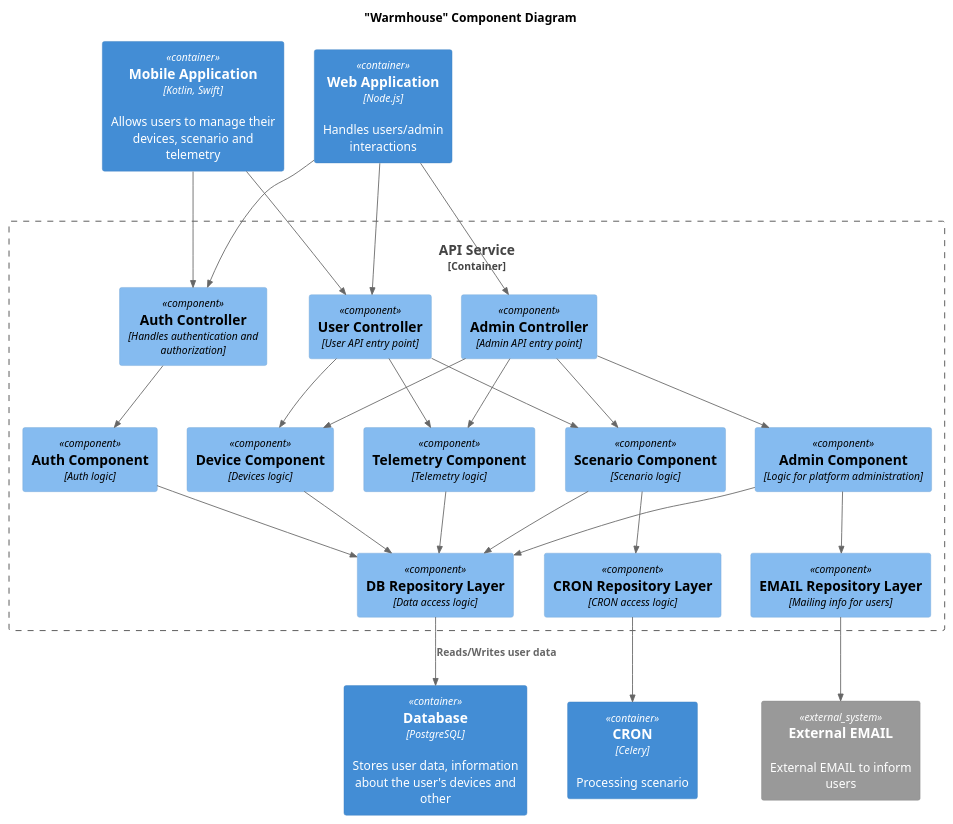
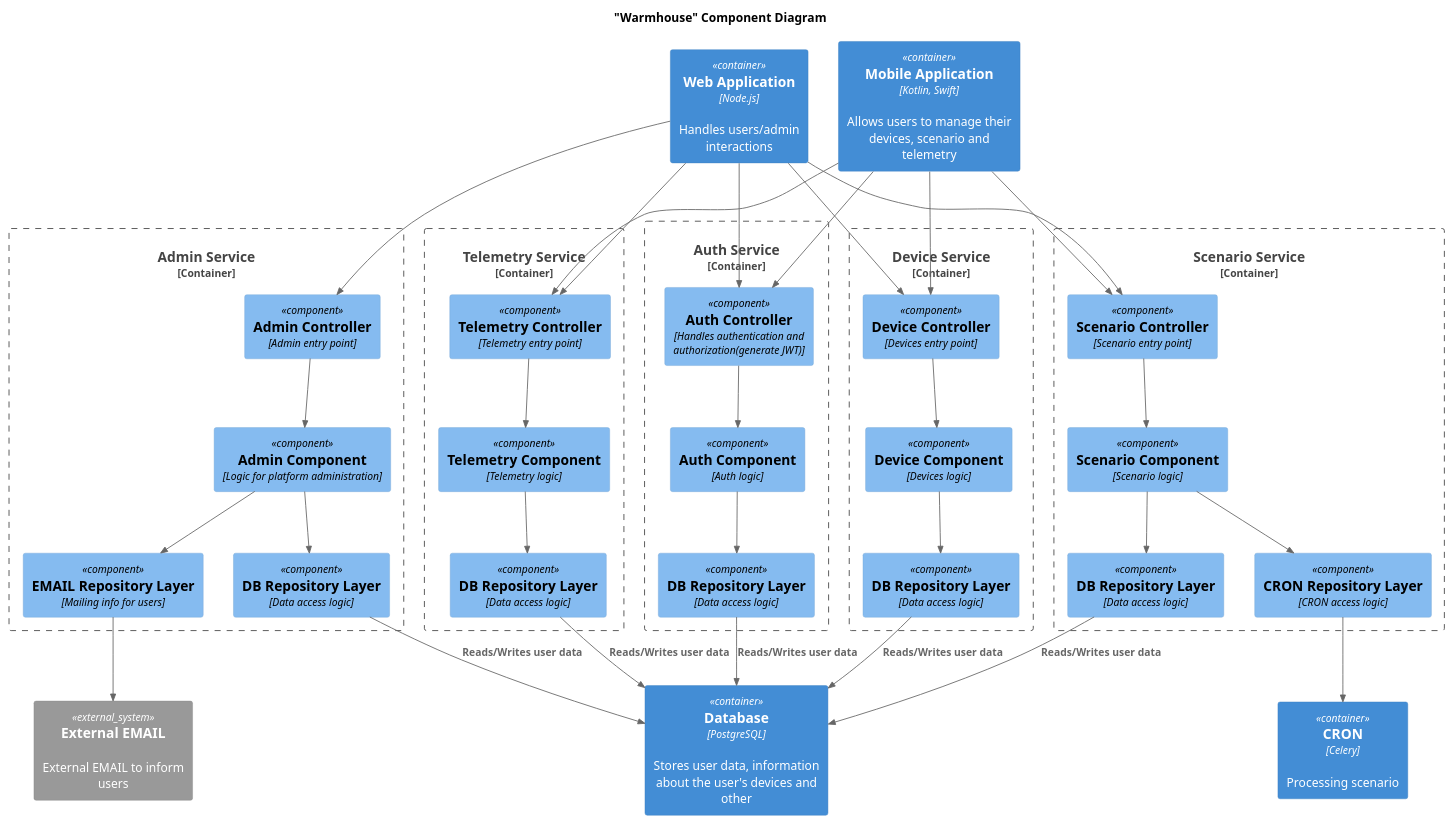
The diagram in Component.puml (mEssiaHofDarK/practicum_arch_sprint_1), drawn with PlantUML before and after one commit. The commit also changed 1 other file, not shown here.

Commit message:
fix diagrams

```diff
--- a/Component.puml
+++ b/Component.puml
@@ -1,68 +1,91 @@
 @startuml
 title "Warmhouse" Component Diagram
 top to bottom direction
 !include <C4/C4_Component>
 
 Container(WebApp, "Web Application", "Node.js", "Handles users/admin interactions")
 Container(MobileApp, "Mobile Application", "Kotlin, Swift", "Allows users to manage their devices, scenario and telemetry")
 Container(Database, "Database", "PostgreSQL", "Stores user data, information about the user's devices and other")
 Container(CRON, "CRON", "Celery", "Processing scenario")
 
 System_Ext(external_email, "External EMAIL", "External EMAIL to inform users")
 
-Container_Boundary(API_App, "API Service", "") {
-  Component(AuthController, "Auth Controller", "Handles authentication and authorization")
-  Component(UserController, "User Controller", "User API entry point")
-  Component(AdminController, "Admin Controller", "Admin API entry point")
+Container_Boundary(Device_App, "Device Service", "") {
+  Component(DeviceController, "Device Controller", "Devices entry point")
+  Component(DeviceComponent, "Device Component", "Devices logic")
+  Component(DeviceDBRepositoryLayer, "DB Repository Layer", "Data access logic")
+}
 
+Container_Boundary(Telemetry_App, "Telemetry Service", ""){
+  Component(TelemetryController, "Telemetry Controller", "Telemetry entry point")
+  Component(TelemetryComponent, "Telemetry Component", "Telemetry logic")
+  Component(TelemetryDBRepositoryLayer, "DB Repository Layer", "Data access logic")
+}
+
+Container_Boundary(auth_app, "Auth Service", ""){
+  Component(AuthController, "Auth Controller", "Handles authentication and authorization(generate JWT)")
   Component(AuthComponent, "Auth Component", "Auth logic")
+  Component(AuthDBRepositoryLayer, "DB Repository Layer", "Data access logic")
+}
+
+Container_Boundary(scenario_app, "Scenario Service", ""){
+  Component(ScenarioController, "Scenario Controller", "Scenario entry point")
   Component(ScenarioComponent, "Scenario Component", "Scenario logic")
-  Component(DeviceComponent, "Device Component", "Devices logic")
-  Component(AdminComponent, "Admin Component", "Logic for platform administration")
-  Component(TelemetryComponent, "Telemetry Component", "Telemetry logic")
-
-  Component(DBRepositoryLayer, "DB Repository Layer", "Data access logic")
-  Component(EMAILRepositoryLayer, "EMAIL Repository Layer", "Mailing info for users")
+  Component(ScenarioDBRepositoryLayer, "DB Repository Layer", "Data access logic")
   Component(CRONRepositoryLayer, CRON Repository Layer, "CRON access logic")
 }
 
+Container_Boundary(admin_app, "Admin Service", ""){
+  Component(AdminController, "Admin Controller", "Admin entry point")
+  Component(AdminComponent, "Admin Component", "Logic for platform administration")
+  Component(AdminDBRepositoryLayer, "DB Repository Layer", "Data access logic")
+  Component(EMAILRepositoryLayer, "EMAIL Repository Layer", "Mailing info for users")
+}
+
 Rel(WebApp, AuthController, "")
+Rel(WebApp, ScenarioController, "")
 Rel(WebApp, AdminController, "")
-Rel(WebApp, UserController, "")
+Rel(WebApp, DeviceController, "")
+Rel(WebApp, TelemetryController, "")
 
 Rel(MobileApp, AuthController, "")
-Rel(MobileApp, UserController, "")
+Rel(MobileApp, DeviceController, "")
+Rel(MobileApp, TelemetryController, "")
+Rel(MobileApp, ScenarioController, "")
 
-
-Rel(UserController, ScenarioComponent, "")
-Rel(UserController, DeviceComponent, "")
-Rel(UserController, TelemetryComponent, "")
-
-Rel(AdminController, DeviceComponent, "")
-Rel(AdminController, AdminComponent, "")
-Rel(AdminController, ScenarioComponent, "")
-Rel(AdminController, TelemetryComponent, "")
 
 Rel(AuthController, AuthComponent, "")
 
+Rel(ScenarioController, ScenarioComponent, "")
+
+Rel(AdminController, AdminComponent, "")
+
+Rel(DeviceController, DeviceComponent, "")
+
+Rel(TelemetryController, TelemetryComponent, "")
+
 
 Rel(AdminComponent, EMAILRepositoryLayer, "")
-Rel(AdminComponent, DBRepositoryLayer, "")
+Rel(AdminComponent, AdminDBRepositoryLayer, "")
 
-Rel(ScenarioComponent, DBRepositoryLayer, "")
+Rel(ScenarioComponent, ScenarioDBRepositoryLayer, "")
 Rel(ScenarioComponent, CRONRepositoryLayer, "")
 
-Rel(TelemetryComponent, DBRepositoryLayer, "")
+Rel(TelemetryComponent, TelemetryDBRepositoryLayer, "")
 
-Rel(DeviceComponent, DBRepositoryLayer, "")
+Rel(DeviceComponent, DeviceDBRepositoryLayer, "")
 
-Rel(AuthComponent, DBRepositoryLayer, "")
+Rel(AuthComponent, AuthDBRepositoryLayer, "")
 
 
 Rel(EMAILRepositoryLayer, external_email, "")
 
-Rel(DBRepositoryLayer, Database, "Reads/Writes user data")
+Rel(AuthDBRepositoryLayer, Database, "Reads/Writes user data")
+Rel(AdminDBRepositoryLayer, Database, "Reads/Writes user data")
+Rel(ScenarioDBRepositoryLayer, Database, "Reads/Writes user data")
+Rel(DeviceDBRepositoryLayer, Database, "Reads/Writes user data")
+Rel(TelemetryDBRepositoryLayer, Database, "Reads/Writes user data")
 
 Rel(CRONRepositoryLayer, CRON, "")
 
 @enduml
```
